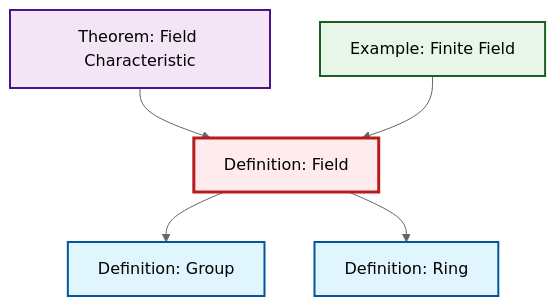
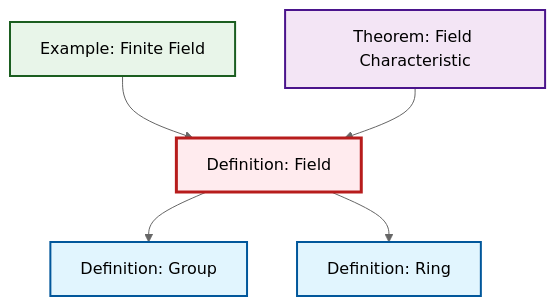
The diagram in content/ja/algebra/def-field.qmd (RK0429/ModernMath), drawn with Mermaid (neutral theme) before and after one commit. The commit also changed 511 other files, not shown here.

````diff
--- a/content/ja/algebra/def-field.qmd
+++ b/content/ja/algebra/def-field.qmd
@@ -55,24 +55,19 @@
 ```{mermaid}
 %%| fig-cap: "Local dependency graph"
 graph TD
     classDef definition fill:#e1f5fe,stroke:#01579b,stroke-width:2px
     classDef theorem fill:#f3e5f5,stroke:#4a148c,stroke-width:2px
     classDef axiom fill:#fff3e0,stroke:#e65100,stroke-width:2px
     classDef example fill:#e8f5e9,stroke:#1b5e20,stroke-width:2px
     classDef current fill:#ffebee,stroke:#b71c1c,stroke-width:3px
-    def-group["Definition: Group"]:::definition
-    ex-finite-field["Example: Finite Field"]:::example
+    def-field["Definition: Field"]:::definition
     thm-field-characteristic["Theorem: Field Characteristic"]:::theorem
     def-ring["Definition: Ring"]:::definition
-    def-field["Definition: Field"]:::definition
+    ex-finite-field["Example: Finite Field"]:::example
+    def-group["Definition: Group"]:::definition
     def-field --> def-group
+    ex-finite-field --> def-field
     thm-field-characteristic --> def-field
     def-field --> def-ring
-    ex-finite-field --> def-field
     class def-field current
-
-    click def-group "def-group.html" "Definition: Groupへ"
-    click ex-finite-field "ex-finite-field.html" "Example: Finite Fieldへ"
-    click thm-field-characteristic "thm-field-characteristic.html" "Theorem: Field Characteristicへ"
-    click def-ring "def-ring.html" "Definition: Ringへ"
 ```
````
